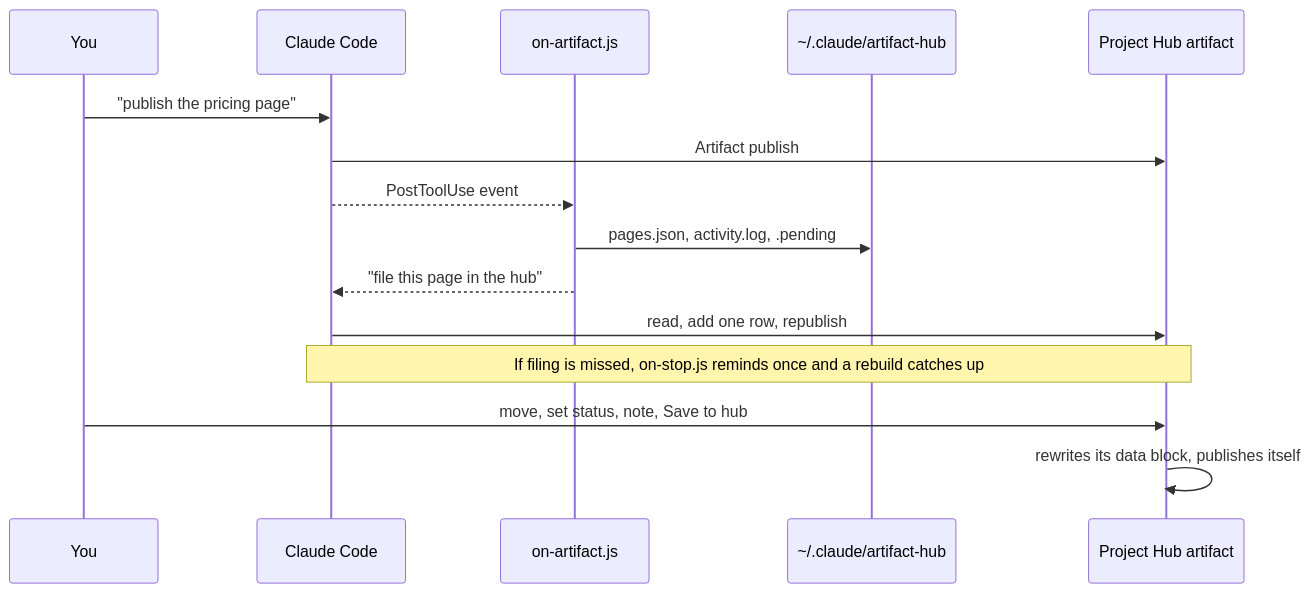
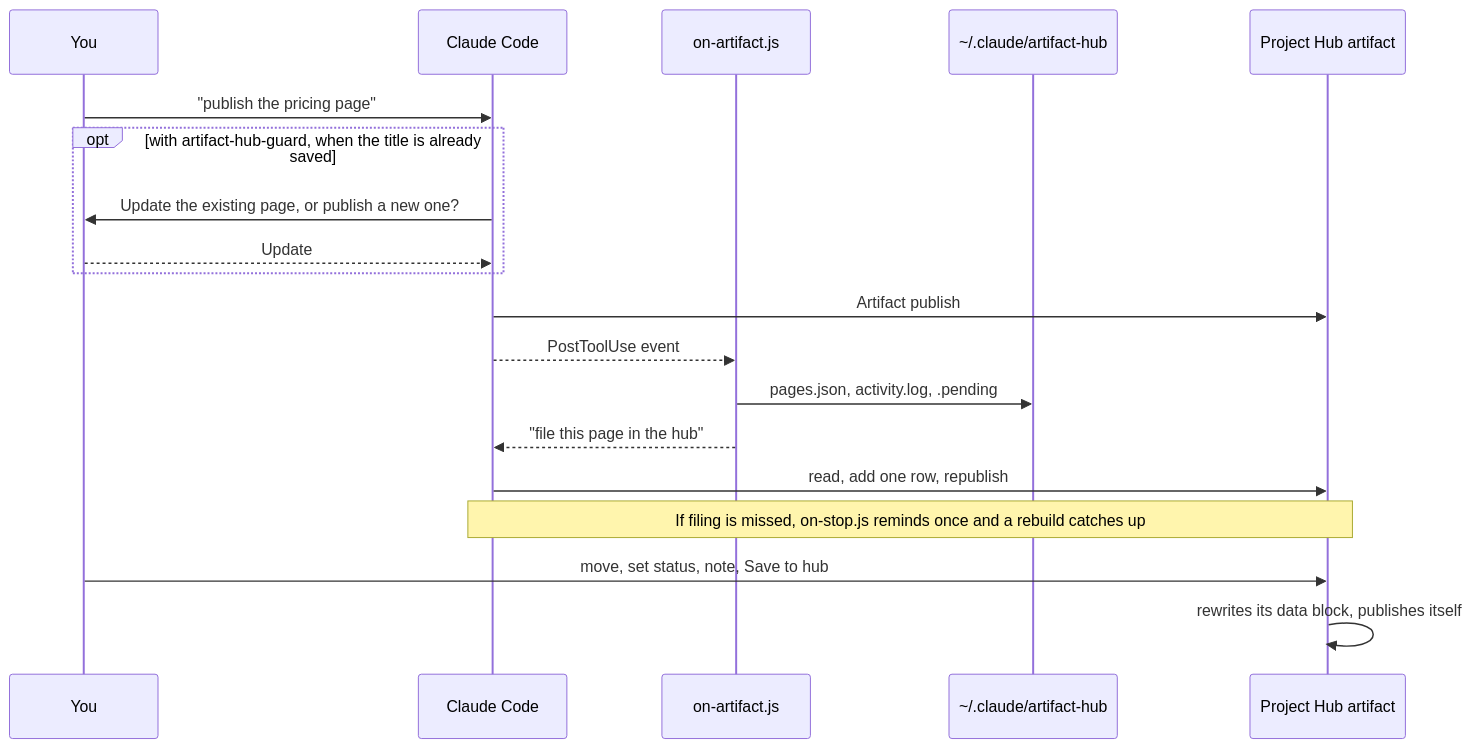
The diagram in README.md (SureshKumar-24/artifact-hub), drawn with Mermaid before and after one commit. The commit also changed other lines of this file, not shown here.

Commit message:
README: the duplicate guard, before and after, in the install block, feature table and diagram

````diff
--- a/README.md
+++ b/README.md
@@ -171,18 +174,22 @@
 ```mermaid
 sequenceDiagram
   participant You
   participant Claude as Claude Code
   participant Hook as on-artifact.js
   participant Disk as ~/.claude/artifact-hub
   participant Hub as Project Hub artifact
 
   You->>Claude: "publish the pricing page"
+  opt with artifact-hub-guard, when the title is already saved
+    Claude->>You: Update the existing page, or publish a new one?
+    You-->>Claude: Update
+  end
   Claude->>Hub: Artifact publish
   Claude-->>Hook: PostToolUse event
   Hook->>Disk: pages.json, activity.log, .pending
   Hook-->>Claude: "file this page in the hub"
   Claude->>Hub: read, add one row, republish
   Note over Claude,Hub: If filing is missed, on-stop.js reminds once and a rebuild catches up
   You->>Hub: move, set status, note, Save to hub
   Hub->>Hub: rewrites its data block, publishes itself
 ```
````
